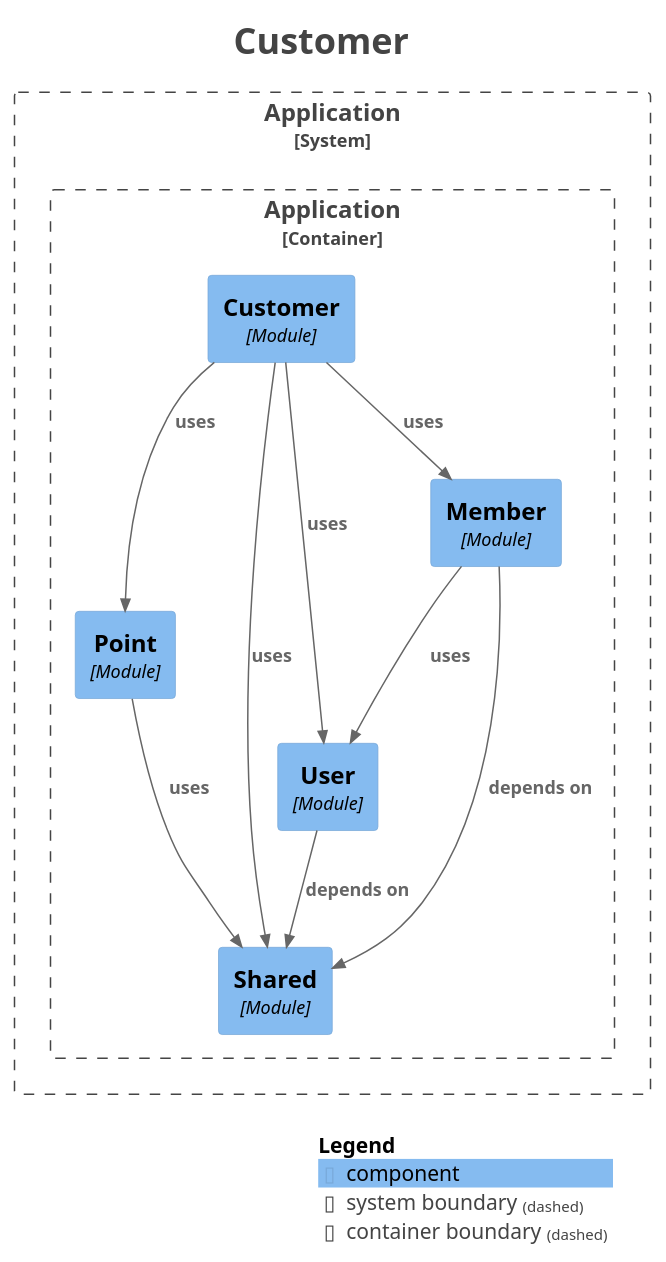
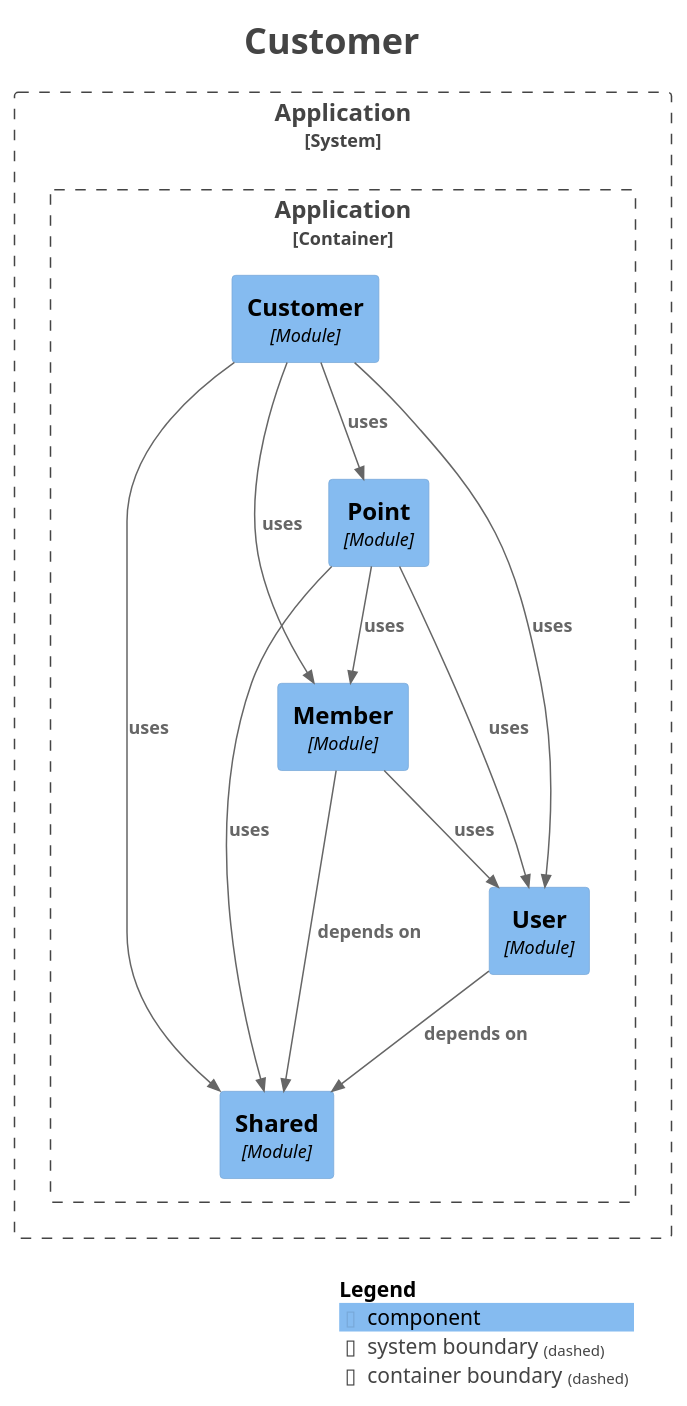
Before and after one commit to kanghouchao/Kizuna: the diagram in backend/docs/modulith/module-customer.puml, drawn with PlantUML. The commit also changed 18 other files, not shown here.

```diff
--- a/backend/docs/modulith/module-customer.puml
+++ b/backend/docs/modulith/module-customer.puml
@@ -1,40 +1,42 @@
 @startuml
 title <size:24>Customer</size>
 
 set separator none
 top to bottom direction
 
 <style>
   root {
     BackgroundColor: #ffffff
     FontColor: #444444
   }
 </style>
 
 !include <C4/C4>
 !include <C4/C4_Context>
 !include <C4/C4_Component>
 
 System_Boundary("Application_boundary", "Application", $tags="") {
   Container_Boundary("Application.Application_boundary", "Application", $tags="") {
     Component(Application.Application.Point, "Point", $techn="Module", $descr="", $tags="", $link="")
     Component(Application.Application.Customer, "Customer", $techn="Module", $descr="", $tags="", $link="")
     Component(Application.Application.Shared, "Shared", $techn="Module", $descr="", $tags="", $link="")
     Component(Application.Application.User, "User", $techn="Module", $descr="", $tags="", $link="")
     Component(Application.Application.Member, "Member", $techn="Module", $descr="", $tags="", $link="")
   }
 
 }
 
+Rel(Application.Application.User, Application.Application.Shared, "depends on", $techn="", $tags="", $link="")
+Rel(Application.Application.Member, Application.Application.Shared, "depends on", $techn="", $tags="", $link="")
+Rel(Application.Application.Member, Application.Application.User, "uses", $techn="", $tags="", $link="")
+Rel(Application.Application.Point, Application.Application.User, "uses", $techn="", $tags="", $link="")
+Rel(Application.Application.Point, Application.Application.Member, "uses", $techn="", $tags="", $link="")
 Rel(Application.Application.Point, Application.Application.Shared, "uses", $techn="", $tags="", $link="")
 Rel(Application.Application.Customer, Application.Application.Member, "uses", $techn="", $tags="", $link="")
 Rel(Application.Application.Customer, Application.Application.User, "uses", $techn="", $tags="", $link="")
 Rel(Application.Application.Customer, Application.Application.Point, "uses", $techn="", $tags="", $link="")
 Rel(Application.Application.Customer, Application.Application.Shared, "uses", $techn="", $tags="", $link="")
-Rel(Application.Application.User, Application.Application.Shared, "depends on", $techn="", $tags="", $link="")
-Rel(Application.Application.Member, Application.Application.Shared, "depends on", $techn="", $tags="", $link="")
-Rel(Application.Application.Member, Application.Application.User, "uses", $techn="", $tags="", $link="")
 
 SHOW_LEGEND(true)
 hide stereotypes
 @enduml
```
